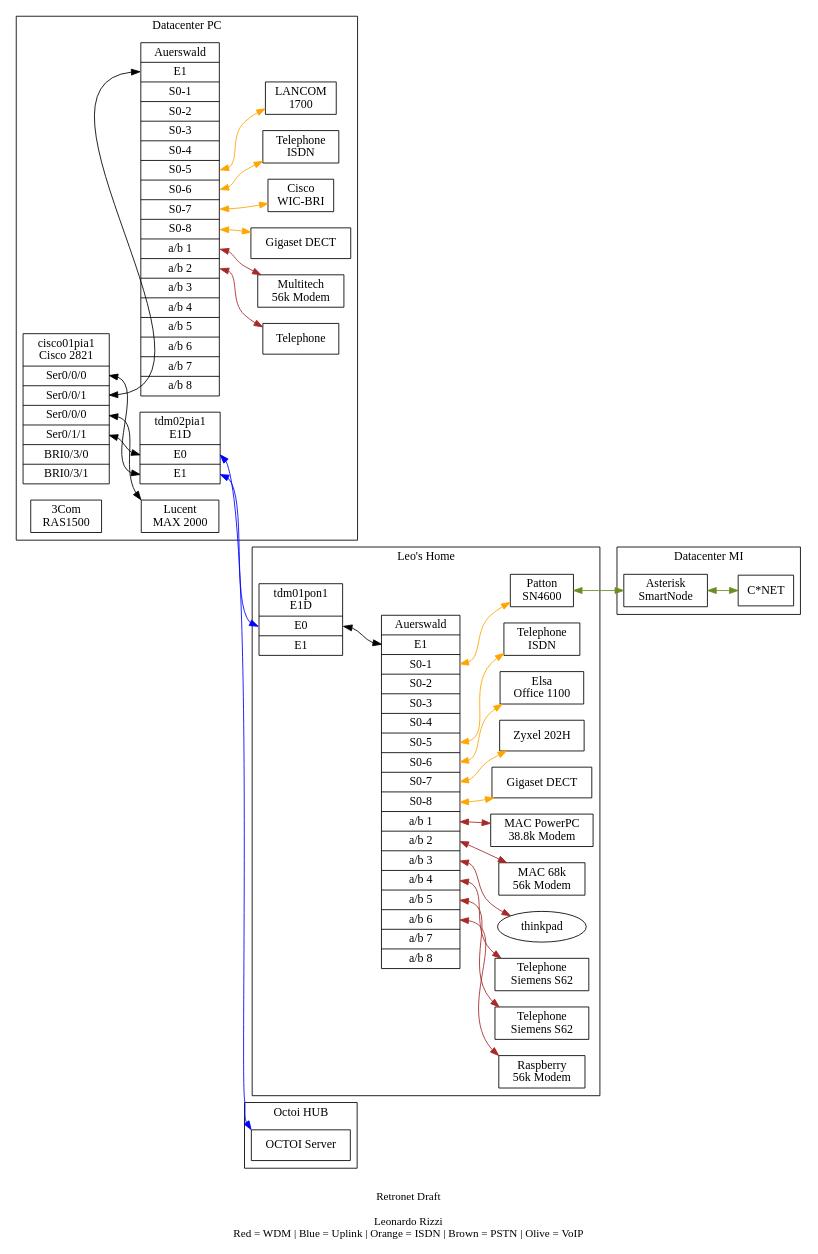
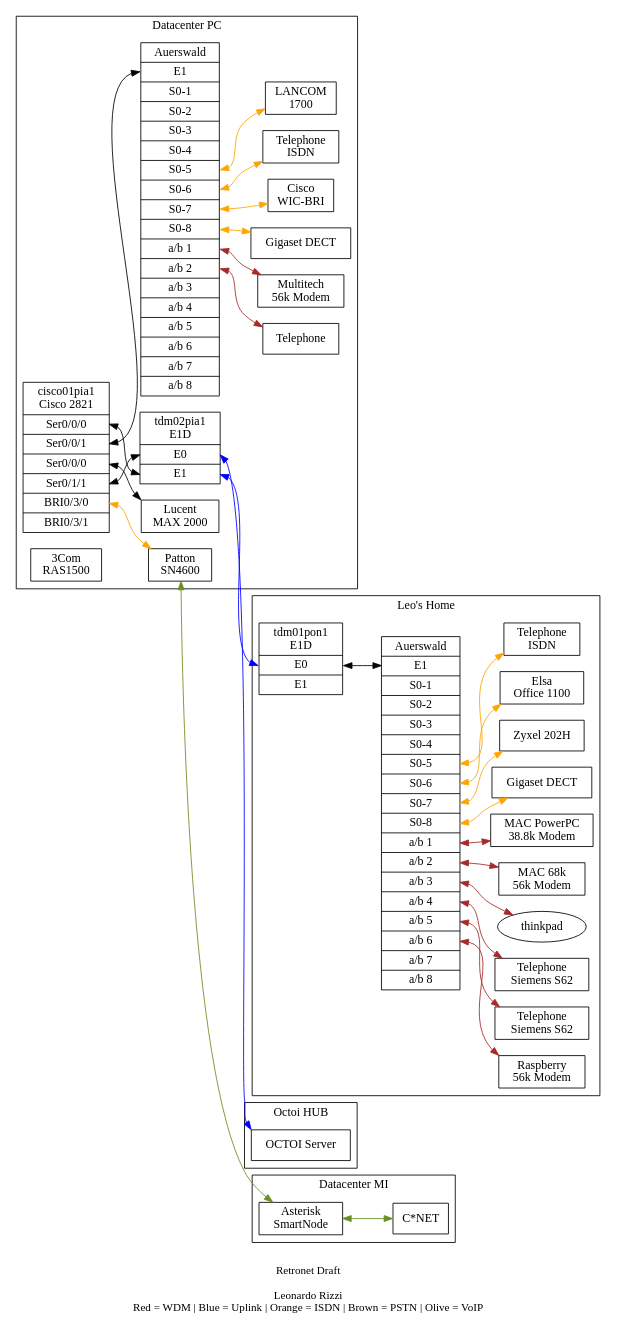
One commit to lrizzi/retronet changed the diagram in e1d.gv. Above: the diagram before and after it, drawn with Graphviz. The commit also changed 1 other file, not shown here.

Commit message:
Moved Patton

```diff
--- a/e1d.gv
+++ b/e1d.gv
@@ -1,149 +1,151 @@
 graph TDM {
 //graph [nodesep=0.5, ranksep=0.5];
 //rankdir=RL;
 rankdir=LR;
 //clusterrank=none
 compound=true;
 edge [dir="both"]
 //concentrate=true
 
 subgraph cluster0 {
   label="Datacenter PC";
   compt01pia1 [shape=record,label="<host>Auerswald|<e1>E1|<s01>S0-1|<s02>S0-2|<s03>S0-3|<s04>S0-4|<s05>S0-5|<s06>S0-6|<s07>S0-7|<s08>S0-8|<ab1>a/b 1|<ab2>a/b 2|<ab3>a/b 3|<ab4>a/b 4|<ab5>a/b 5|<ab6>a/b 6|<ab7>a/b 7|<ab8>a/b 8"];
   //tdm01pia1 [shape=record,label="<host>tdm01pia1\nPacketBand|<e1>E1"];
   tdm02pia1 [shape=record,label="<host>tdm02pia1\nE1D|<e0>E0|<e1>E1"];
 
   cisco01pia1 [shape=record,label="<host>cisco01pia1\nCisco 2821|<s000>Ser0/0/0|<s001>Ser0/0/1|<s010>Ser0/0/0|<s011>Ser0/1/1|<bri030>BRI0/3/0|<bri031>BRI0/3/1"];
 
   ras01pia1 [shape=record,label="<host>3Com\nRAS1500"]
   max01pia1 [shape=record,label="<host>Lucent\nMAX 2000"]
 
   r01pia1 [shape=record,label="<host>Cisco\nWIC-BRI"]
   r02pia1 [shape=record,label="<host>LANCOM\n1700"]
 
   modem01pia1 [shape=record,label="Multitech\n56k Modem"];
 
   tel01pia1 [shape=record,label="Telephone"];
 
 
   gigaset01pia1 [shape=record,label="Gigaset DECT"];
 
   itel01pia1 [shape=record,label="Telephone\nISDN"];
+
+  patton01 [shape=record,label="<host>Patton\nSN4600"]
 
   subgraph cluster_00 {
   label="External"
 //  Telnet [shape=record,label="<host>Telnet|<transit>Transit|<access>Access"];
 //  MinapF [shape=record,label="<host>Minap Telnet|<p01>Port 01|<p02> Port 02|<p03> Port 03"];
 }
 }
 
 subgraph cluster1 {
   label="Datacenter MI";
   //compt01mil1 [shape=record,label="<host>compt01mil1\nAuerswald|<e1>E1|<s01>S0-1|<s02>S0-2|<s03>S0-3|<s04>S0-4|<s05>S0-5|<s06>S0-6|<s07>S0-7|<s08>S0-8|"];
   //tdm01mil1 [shape=record,label="<host>tdm01mil1\nPacketBand|<e1>E1"];
   
   //r01mil1 [shape=record,label="<host>Cisco\nWIC-BRI"]
   //patton01mil1 [shape=record,label="<host>Patton\nSmartNode"]
   pbx02mil1 [shape=record,label="<host>Asterisk\nSmartNode"]
 
   cnet [shape=record,label="<host>C*NET"]
 
 
 
   // Service provider
   subgraph cluster_10 {
   label="External"
 }
 }
 
 subgraph cluster2 {
   label="Leo's Home";
   compt01pon1 [shape=record,label="<host>Auerswald|<e1>E1|<s01>S0-1|<s02>S0-2|<s03>S0-3|<s04>S0-4|<s05>S0-5|<s06>S0-6|<s07>S0-7|<s08>S0-8|<ab1>a/b 1|<ab2>a/b 2|<ab3>a/b 3|<ab4>a/b 4|<ab5>a/b 5|<ab6>a/b 6|<ab7>a/b 7|<ab8>a/b 8"];
   tdm01pon1 [shape=record,label="<host>tdm01pon1\nE1D|<e0>E0|<e1>E1"];
 
   gigaset01pon1 [shape=record,label="Gigaset DECT"];
   r02pon1 [shape=record,label="Zyxel 202H"]
   r01pon1 [shape=record,label="Elsa\nOffice 1100"]
 
 
   tel01pon1 [shape=record,label="Telephone\nSiemens S62"];
   tel02pon1 [shape=record,label="Telephone\nSiemens S62"];
 
   itel01pon1 [shape=record,label="Telephone\nISDN"];
   
   modem01pon1 [shape=record,label="MAC PowerPC\n38.8k Modem"];
   modem02pon1 [shape=record,label="MAC 68k\n56k Modem"];
   modem03pon1 [shape=record,label="Raspberry\n56k Modem"];
 
-  patton01 [shape=record,label="<host>Patton\nSN4600"]
-
   thinkpad
 
 
   // Service provider
   subgraph cluster_20 {
   label="External"
 }
 }
 
 subgraph cluster3 {
   label="Octoi HUB";
 
 
   octoihub [shape=record,label="OCTOI Server"];
 
 }
 
 
 //tdm01mil1:host -- tdm01pia1:host [color=blue]
 tdm02pia1:e1 -- tdm01pon1:e0 [color=blue]
 tdm02pia1:e0 -- octoihub:host [color=blue]
 
 
 //PIA1
 cisco01pia1:s000 -- tdm02pia1:e1
 cisco01pia1:s001 -- compt01pia1:e1
 cisco01pia1:s010 -- max01pia1:e1
 cisco01pia1:s011 -- tdm02pia1:e0
 
+cisco01pia1:bri030 -- patton01 [color=orange]
+
+
 
 //compt01pia1:s01 -- patton01 [color=orange] temporary at PON1
 
 compt01pia1:s05 -- r02pia1 [color=orange]
 compt01pia1:s06 -- itel01pia1 [color=orange]
 compt01pia1:s07 -- r01pia1 [color=orange]
 compt01pia1:s08 -- gigaset01pia1 [color=orange]
 
 compt01pia1:ab1 -- modem01pia1 [color=brown]
 compt01pia1:ab2 -- tel01pia1 [color=brown]
 
 
 //MIL1
 //tdm01mil1:e1 -- compt01mil1:e1 
 //compt01mil1:s01 -- r01mil1 [color=orange]
 //compt01mil1:s02 -- patton01mil1 [color=orange]
 patton01 -- pbx02mil1 [color=olivedrab]
 pbx02mil1 -- cnet [color=olivedrab]
 
 //PON
 tdm01pon1:e0 -- compt01pon1:e1
 
-compt01pon1:s01 -- patton01 [color=orange]
 
 compt01pon1:s05 -- itel01pon1 [color=orange]
 compt01pon1:s06 -- r01pon1 [color=orange]
 compt01pon1:s07 -- r02pon1 [color=orange]
 compt01pon1:s08 -- gigaset01pon1 [color=orange]
 
 compt01pon1:ab1 -- modem01pon1 [color=brown]
 compt01pon1:ab2 -- modem02pon1 [color=brown]
 compt01pon1:ab3 -- thinkpad [color=brown]
 compt01pon1:ab4 -- tel01pon1 [color=brown]
 compt01pon1:ab5 -- tel02pon1 [color=brown]
 compt01pon1:ab6 -- modem03pon1 [color=brown]
 
 
 
 label = "\nRetronet Draft\n\nLeonardo Rizzi\nRed = WDM | Blue = Uplink | Orange = ISDN | Brown = PSTN | Olive = VoIP";
 fontsize=13;
 }
```
